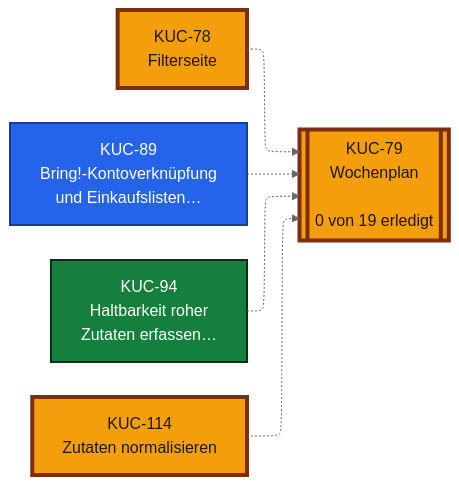
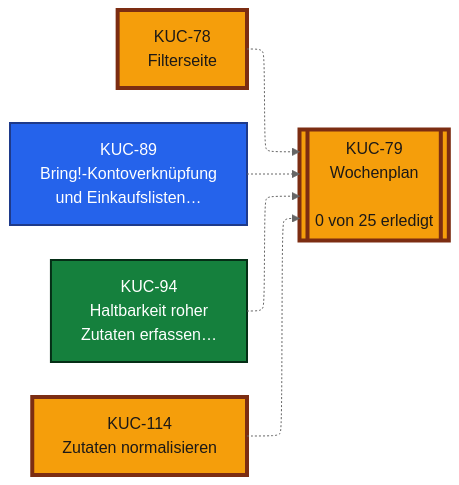
Before and after one commit to isntfunny/kitchenpace: the second of 5 diagrams in GAMEPLAN.md, drawn with Mermaid (neutral theme). The commit also changed other lines of this file, not shown here.

Commit message:
docs(gameplan): second-throw tickets KUC-129..133, KUC-126 under the epic (KUC-79)

````diff
--- a/GAMEPLAN.md
+++ b/GAMEPLAN.md
@@ -83,25 +85,25 @@
 ```mermaid
 %%{init: {"flowchart": {"defaultRenderer": "elk"}}}%%
 flowchart LR
     KUC78["KUC-78<br/>Filterseite"]:::doing
     KUC89["KUC-89<br/>Bring!-Kontoverknüpfung<br/>und Einkaufslisten…"]:::todo
     KUC94["KUC-94<br/>Haltbarkeit roher<br/>Zutaten erfassen…"]:::done
     KUC114["KUC-114<br/>Zutaten normalisieren"]:::doing
-    KUC79[["KUC-79<br/>Wochenplan<br/><br/>0 von 19 erledigt"]]:::doing
+    KUC79[["KUC-79<br/>Wochenplan<br/><br/>0 von 25 erledigt"]]:::doing
     KUC78 -.-> KUC79
     KUC89 -.-> KUC79
     KUC94 -.-> KUC79
     KUC114 -.-> KUC79
     click KUC78 "https://youtrack.tecfriends.de/issue/KUC-78"
     click KUC79 "https://youtrack.tecfriends.de/issue/KUC-79"
     click KUC89 "https://youtrack.tecfriends.de/issue/KUC-89"
     click KUC94 "https://youtrack.tecfriends.de/issue/KUC-94"
     click KUC114 "https://youtrack.tecfriends.de/issue/KUC-114"
     classDef ideas fill:#f3e8ff,stroke:#7e22ce,color:#3b0764,stroke-dasharray:2 4
     classDef backlog fill:#f1f5f9,stroke:#64748b,color:#0f172a,stroke-dasharray:6 4
     classDef todo fill:#2563eb,stroke:#1e3a8a,color:#ffffff,stroke-width:2px
     classDef doing fill:#f59e0b,stroke:#7c2d12,color:#1c1917,stroke-width:4px
     classDef done fill:#15803d,stroke:#052e16,color:#ffffff,stroke-width:2px
     classDef wontdo fill:#fee2e2,stroke:#b91c1c,color:#450a0a,stroke-dasharray:2 2
     classDef unknown fill:#ffffff,stroke:#6b7280,color:#111827,stroke-dasharray:1 3
 ```
````
